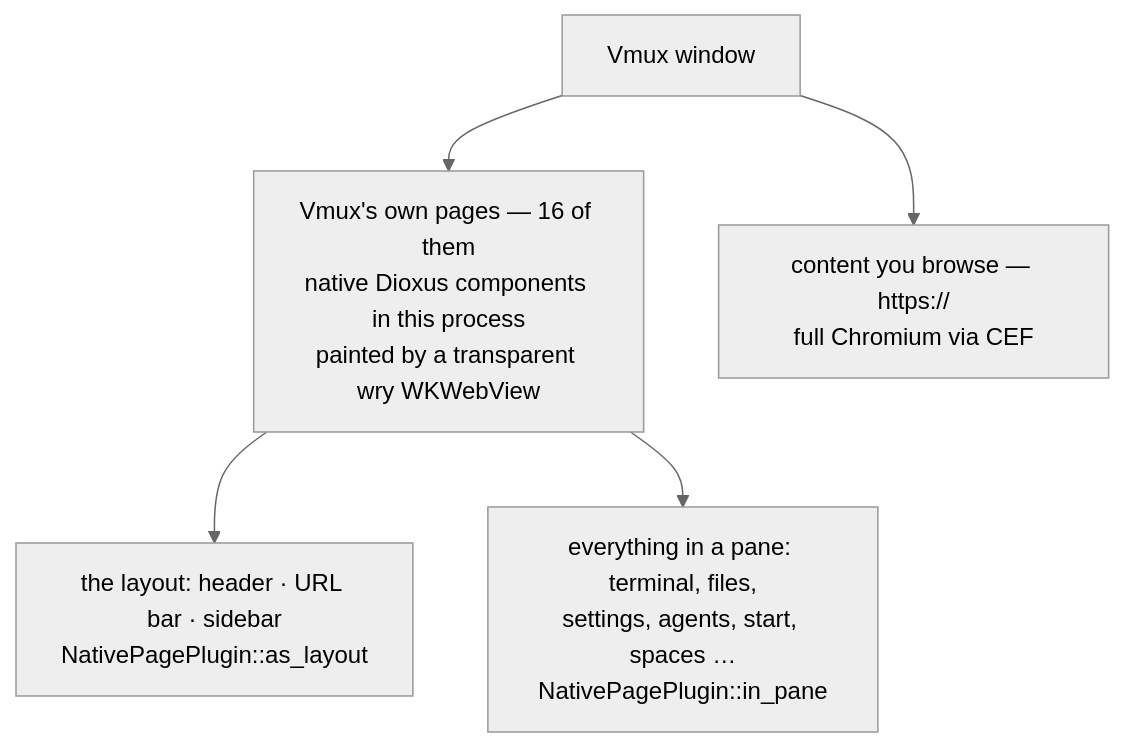
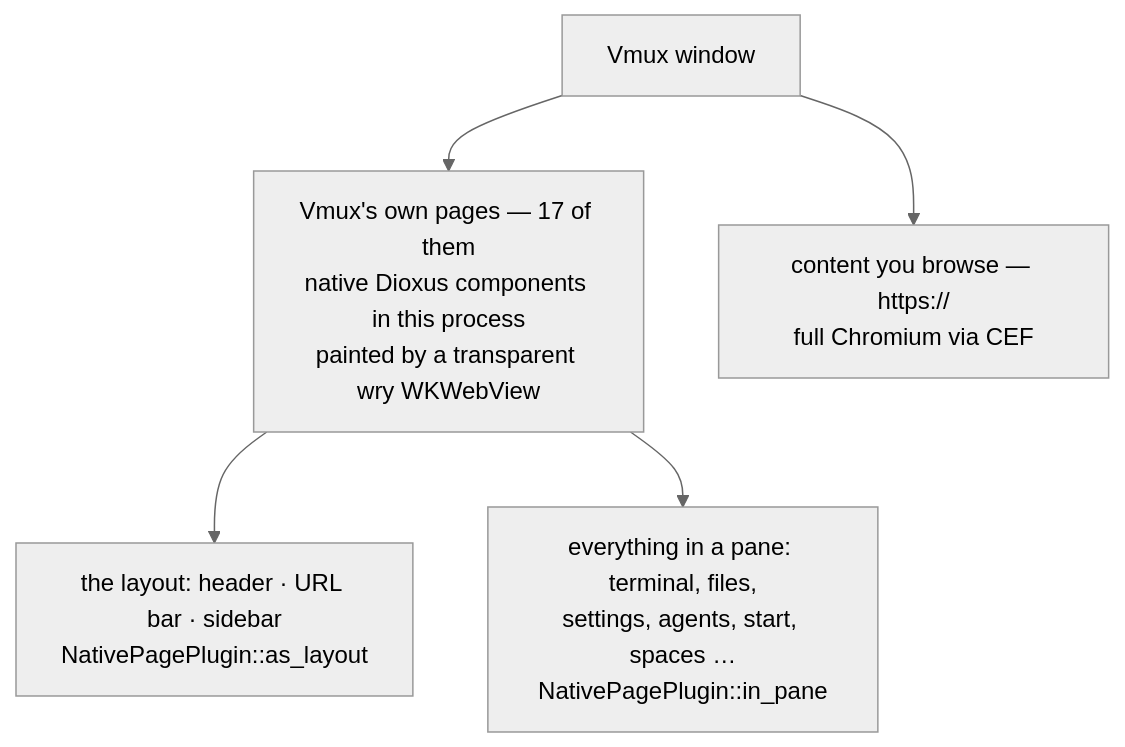
Before and after one commit to JunichiSugiura/vmux: the fifth of 10 diagrams in docs/architecture.md, drawn with Mermaid (neutral theme). The commit also changed other lines of this file and 53 other files, not shown here.

````diff
--- a/docs/architecture.md
+++ b/docs/architecture.md
@@ -189,13 +189,13 @@
 ```mermaid
 flowchart TB
     win["Vmux window"]
-    native["Vmux's own pages — 16 of them<br/>native Dioxus components in this process<br/>painted by a transparent wry WKWebView"]
+    native["Vmux's own pages — 17 of them<br/>native Dioxus components in this process<br/>painted by a transparent wry WKWebView"]
     layout["the layout: header · URL bar · sidebar<br/>NativePagePlugin::as_layout"]
     pane["everything in a pane: terminal, files,<br/>settings, agents, start, spaces …<br/>NativePagePlugin::in_pane"]
     cef["content you browse — https://<br/>full Chromium via CEF"]
 
     win --> native
     win --> cef
     native --> layout
     native --> pane
 ```
````
